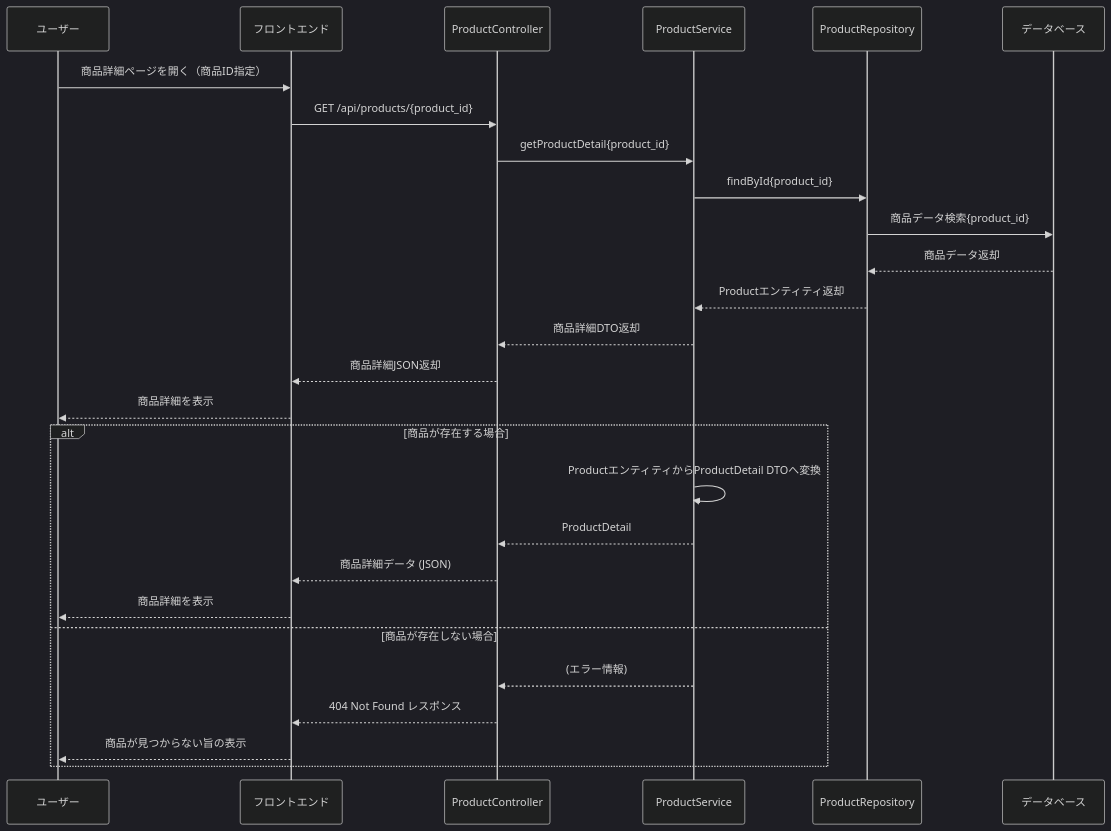
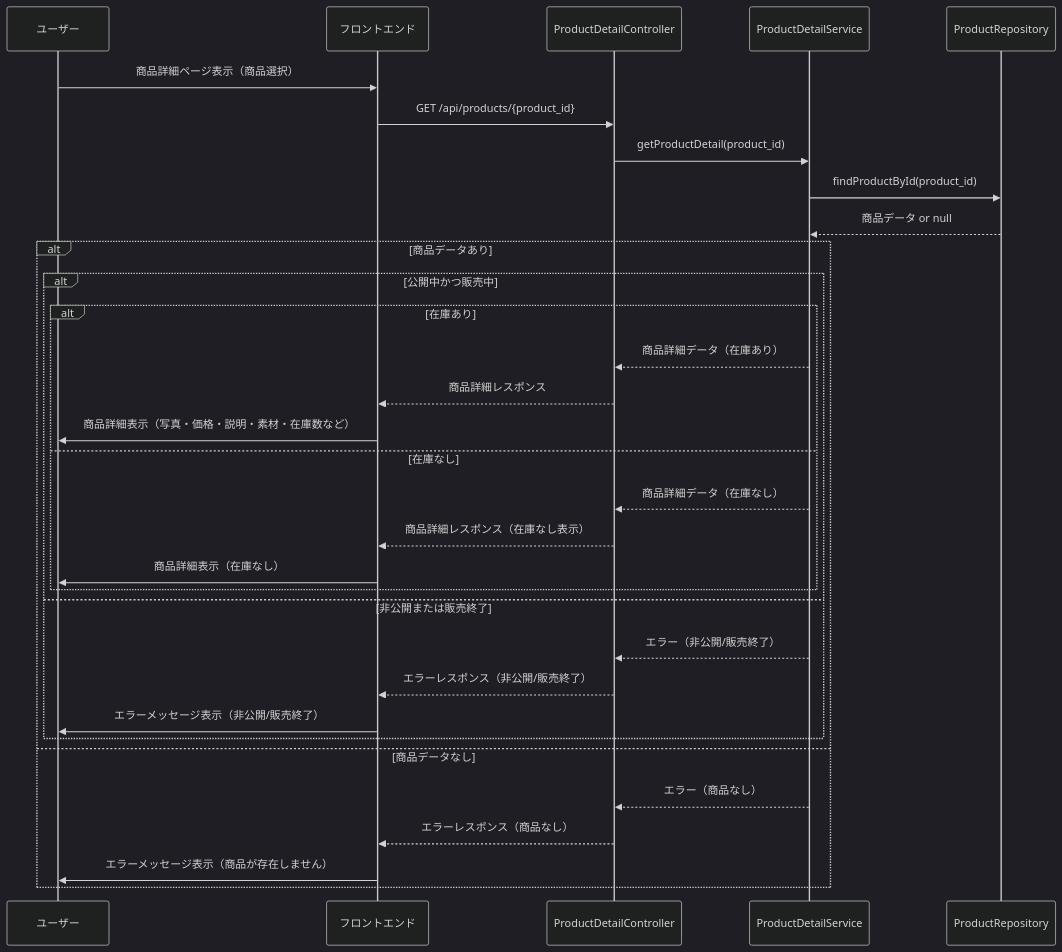
The third of 32 diagrams in 詳細設計/担当B_村田/3.2 機能詳細.md (Aoi-Yaegashi/teamF), drawn with Mermaid (dark theme) before and after one commit. The commit also changed other lines of this file and 1 other file, not shown here.

Commit message:
必須機能のシーケンス図更新

```diff
--- a/詳細設計/担当B_村田/3.2 機能詳細.md
+++ b/詳細設計/担当B_村田/3.2 機能詳細.md
@@ -71,30 +86,44 @@
    <div class="mermaid">
 sequenceDiagram
     participant User as ユーザー
-    participant Browser as フロントエンド
-    participant Controller as ProductController
-    participant Service as ProductService
-    participant Repo as ProductRepository
-    participant DB as データベース
+    participant FE as フロントエンド
+    participant PDC as ProductDetailController
+    participant PDS as ProductDetailService
+    participant ProdRepo as ProductRepository
 
-    User->>Browser: 商品詳細ページを開く（商品ID指定）
-    Browser->>Controller: GET /api/products/{product_id}
-    Controller->>Service: getProductDetail{product_id}
-    Service->>Repo: findById{product_id}
-    Repo->>DB: 商品データ検索{product_id}
-    DB-->>Repo: 商品データ返却
-    Repo-->>Service: Productエンティティ返却
-    Service-->>Controller: 商品詳細DTO返却
-    Controller-->>Browser: 商品詳細JSON返却
-    Browser-->>User: 商品詳細を表示
-    alt 商品が存在する場合
-        Service->>Service: ProductエンティティからProductDetail DTOへ変換
-        Service-->>Controller: ProductDetail
-        Controller-->>Browser: 商品詳細データ (JSON)
-        Browser-->>User: 商品詳細を表示
-    else 商品が存在しない場合
-        Service-->>Controller: (エラー情報)
-        Controller-->>Browser: 404 Not Found レスポンス
-        Browser-->>User: 商品が見つからない旨の表示
+    %% ユーザーが商品詳細ページを表示
+    User->>FE: 商品詳細ページ表示（商品選択）
+
+    %% フロントエンドがAPI呼び出し
+    FE->>PDC: GET /api/products/{product_id}
+
+    %% コントローラがサービスに処理を依頼
+    PDC->>PDS: getProductDetail(product_id)
+
+    %% サービスが商品リポジトリに問い合わせ
+    PDS->>ProdRepo: findProductById(product_id)
+    ProdRepo-->>PDS: 商品データ or null
+
+    %% サービスで商品状態を判定
+    alt 商品データあり
+        alt 公開中かつ販売中
+            alt 在庫あり
+                PDS-->>PDC: 商品詳細データ（在庫あり）
+                PDC-->>FE: 商品詳細レスポンス
+                FE->>User: 商品詳細表示（写真・価格・説明・素材・在庫数など）
+            else 在庫なし
+                PDS-->>PDC: 商品詳細データ（在庫なし）
+                PDC-->>FE: 商品詳細レスポンス（在庫なし表示）
+                FE->>User: 商品詳細表示（在庫なし）
+            end
+        else 非公開または販売終了
+            PDS-->>PDC: エラー（非公開/販売終了）
+            PDC-->>FE: エラーレスポンス（非公開/販売終了）
+            FE->>User: エラーメッセージ表示（非公開/販売終了）
+        end
+    else 商品データなし
+        PDS-->>PDC: エラー（商品なし）
+        PDC-->>FE: エラーレスポンス（商品なし）
+        FE->>User: エラーメッセージ表示（商品が存在しません）
     end
 </div>
```
